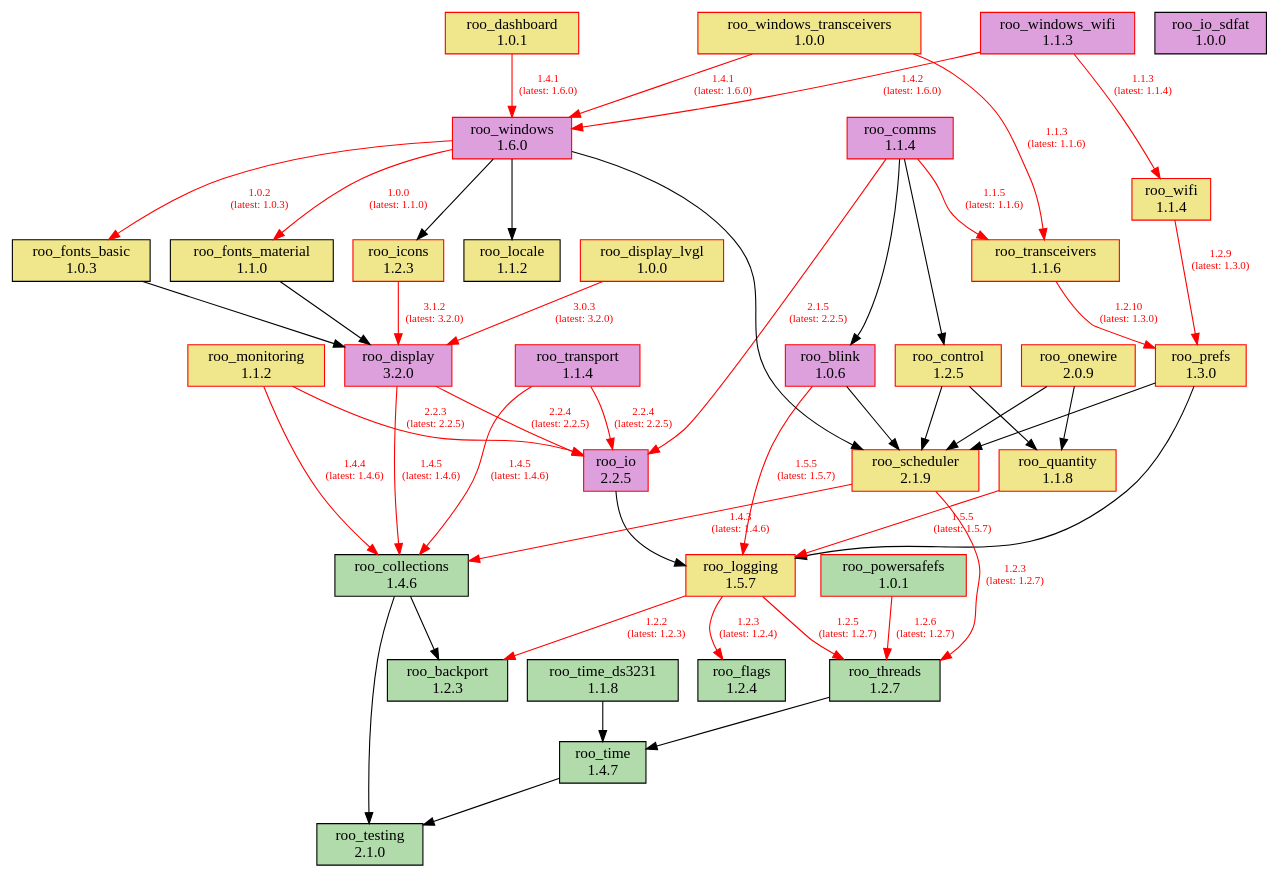
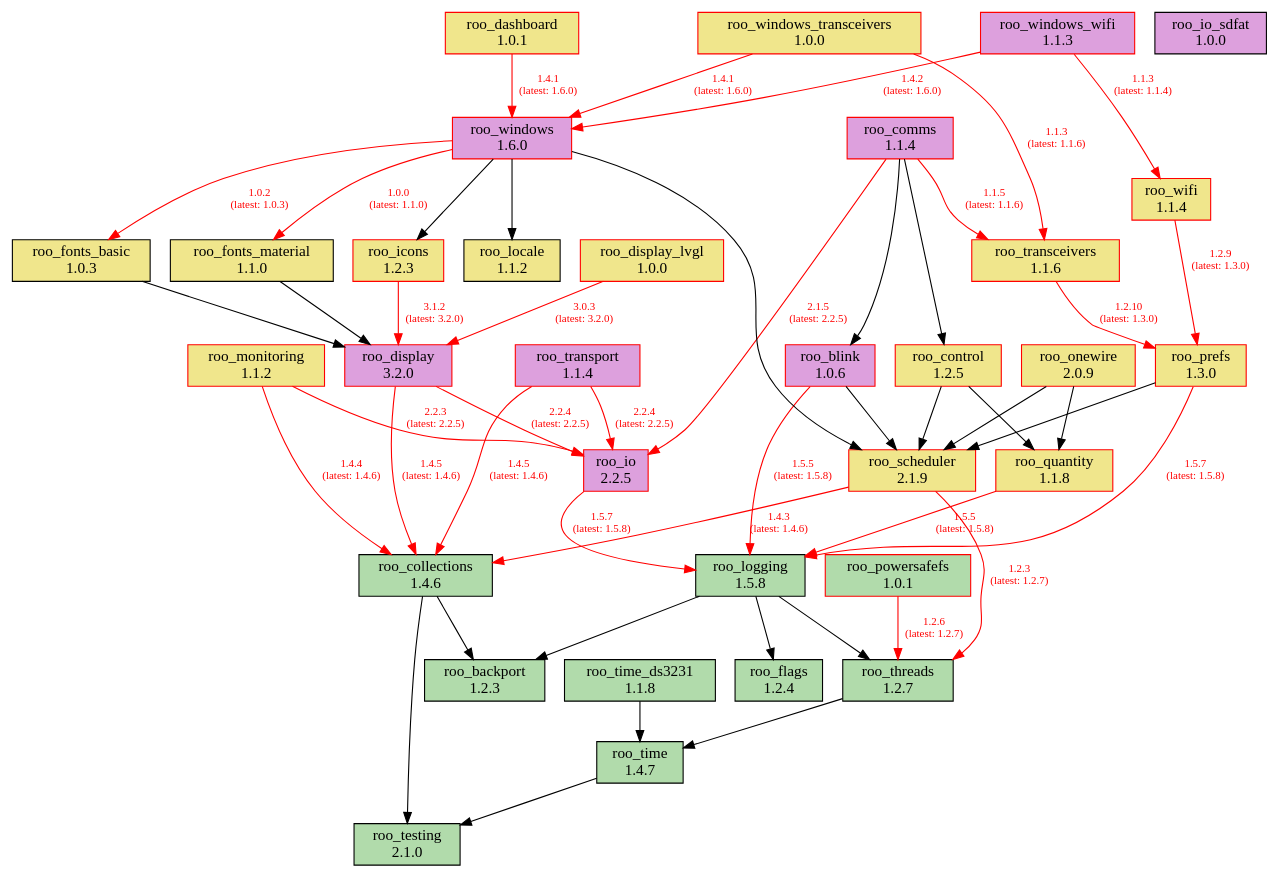
One commit to dejwk/roo-registry changed the diagram in doc/dependencies.dot. Above: the diagram before and after it, drawn with Graphviz. The commit also changed 3 other files, not shown here.

Commit message:
Added roo_logging 1.5.8 to the registry.

```diff
--- a/doc/dependencies.dot
+++ b/doc/dependencies.dot
@@ -1,88 +1,88 @@
 digraph dependencies {
     rankdir=TB;
     node [shape=box, style=filled];
     edge [fontsize=10];
 
     // Modules
     "roo_backport" [label="roo_backport\n1.2.3", fillcolor="#b1dbab", color="black"];
     "roo_blink" [label="roo_blink\n1.0.6", fillcolor="plum", color="red"];
     "roo_collections" [label="roo_collections\n1.4.6", fillcolor="#b1dbab", color="black"];
     "roo_comms" [label="roo_comms\n1.1.4", fillcolor="plum", color="red"];
     "roo_control" [label="roo_control\n1.2.5", fillcolor="khaki", color="red"];
     "roo_dashboard" [label="roo_dashboard\n1.0.1", fillcolor="khaki", color="red"];
     "roo_display" [label="roo_display\n3.2.0", fillcolor="plum", color="red"];
     "roo_display_lvgl" [label="roo_display_lvgl\n1.0.0", fillcolor="khaki", color="red"];
     "roo_flags" [label="roo_flags\n1.2.4", fillcolor="#b1dbab", color="black"];
     "roo_fonts_basic" [label="roo_fonts_basic\n1.0.3", fillcolor="khaki", color="black"];
     "roo_fonts_material" [label="roo_fonts_material\n1.1.0", fillcolor="khaki", color="black"];
     "roo_icons" [label="roo_icons\n1.2.3", fillcolor="khaki", color="red"];
     "roo_io" [label="roo_io\n2.2.5", fillcolor="plum", color="red"];
     "roo_io_sdfat" [label="roo_io_sdfat\n1.0.0", fillcolor="plum", color="black"];
     "roo_locale" [label="roo_locale\n1.1.2", fillcolor="khaki", color="black"];
-    "roo_logging" [label="roo_logging\n1.5.7", fillcolor="khaki", color="red"];
+    "roo_logging" [label="roo_logging\n1.5.8", fillcolor="#b1dbab", color="black"];
     "roo_monitoring" [label="roo_monitoring\n1.1.2", fillcolor="khaki", color="red"];
     "roo_onewire" [label="roo_onewire\n2.0.9", fillcolor="khaki", color="red"];
     "roo_powersafefs" [label="roo_powersafefs\n1.0.1", fillcolor="#b1dbab", color="red"];
     "roo_prefs" [label="roo_prefs\n1.3.0", fillcolor="khaki", color="red"];
     "roo_quantity" [label="roo_quantity\n1.1.8", fillcolor="khaki", color="red"];
     "roo_scheduler" [label="roo_scheduler\n2.1.9", fillcolor="khaki", color="red"];
     "roo_testing" [label="roo_testing\n2.1.0", fillcolor="#b1dbab", color="black"];
     "roo_threads" [label="roo_threads\n1.2.7", fillcolor="#b1dbab", color="black"];
     "roo_time" [label="roo_time\n1.4.7", fillcolor="#b1dbab", color="black"];
     "roo_time_ds3231" [label="roo_time_ds3231\n1.1.8", fillcolor="#b1dbab", color="black"];
     "roo_transceivers" [label="roo_transceivers\n1.1.6", fillcolor="khaki", color="red"];
     "roo_transport" [label="roo_transport\n1.1.4", fillcolor="plum", color="red"];
     "roo_wifi" [label="roo_wifi\n1.1.4", fillcolor="khaki", color="red"];
     "roo_windows" [label="roo_windows\n1.6.0", fillcolor="plum", color="red"];
     "roo_windows_transceivers" [label="roo_windows_transceivers\n1.0.0", fillcolor="khaki", color="red"];
     "roo_windows_wifi" [label="roo_windows_wifi\n1.1.3", fillcolor="plum", color="red"];
 
     // Dependencies
-    "roo_blink" -> "roo_logging" [color=red, fontcolor=red, label="1.5.5\n(latest: 1.5.7)"];
+    "roo_blink" -> "roo_logging" [color=red, fontcolor=red, label="1.5.5\n(latest: 1.5.8)"];
     "roo_blink" -> "roo_scheduler";
     "roo_collections" -> "roo_testing";
     "roo_collections" -> "roo_backport";
     "roo_comms" -> "roo_blink";
     "roo_comms" -> "roo_control";
     "roo_comms" -> "roo_io" [color=red, fontcolor=red, label="2.1.5\n(latest: 2.2.5)"];
     "roo_comms" -> "roo_transceivers" [color=red, fontcolor=red, label="1.1.5\n(latest: 1.1.6)"];
     "roo_control" -> "roo_quantity";
     "roo_control" -> "roo_scheduler";
     "roo_dashboard" -> "roo_windows" [color=red, fontcolor=red, label="1.4.1\n(latest: 1.6.0)"];
     "roo_display" -> "roo_collections" [color=red, fontcolor=red, label="1.4.5\n(latest: 1.4.6)"];
     "roo_display" -> "roo_io" [color=red, fontcolor=red, label="2.2.4\n(latest: 2.2.5)"];
     "roo_display_lvgl" -> "roo_display" [color=red, fontcolor=red, label="3.0.3\n(latest: 3.2.0)"];
     "roo_fonts_basic" -> "roo_display";
     "roo_fonts_material" -> "roo_display";
     "roo_icons" -> "roo_display" [color=red, fontcolor=red, label="3.1.2\n(latest: 3.2.0)"];
-    "roo_io" -> "roo_logging";
-    "roo_logging" -> "roo_backport" [color=red, fontcolor=red, label="1.2.2\n(latest: 1.2.3)"];
-    "roo_logging" -> "roo_flags" [color=red, fontcolor=red, label="1.2.3\n(latest: 1.2.4)"];
-    "roo_logging" -> "roo_threads" [color=red, fontcolor=red, label="1.2.5\n(latest: 1.2.7)"];
+    "roo_io" -> "roo_logging" [color=red, fontcolor=red, label="1.5.7\n(latest: 1.5.8)"];
+    "roo_logging" -> "roo_backport";
+    "roo_logging" -> "roo_flags";
+    "roo_logging" -> "roo_threads";
     "roo_monitoring" -> "roo_collections" [color=red, fontcolor=red, label="1.4.4\n(latest: 1.4.6)"];
     "roo_monitoring" -> "roo_io" [color=red, fontcolor=red, label="2.2.3\n(latest: 2.2.5)"];
     "roo_onewire" -> "roo_scheduler";
     "roo_onewire" -> "roo_quantity";
     "roo_powersafefs" -> "roo_threads" [color=red, fontcolor=red, label="1.2.6\n(latest: 1.2.7)"];
-    "roo_prefs" -> "roo_logging";
+    "roo_prefs" -> "roo_logging" [color=red, fontcolor=red, label="1.5.7\n(latest: 1.5.8)"];
     "roo_prefs" -> "roo_scheduler";
-    "roo_quantity" -> "roo_logging" [color=red, fontcolor=red, label="1.5.5\n(latest: 1.5.7)"];
+    "roo_quantity" -> "roo_logging" [color=red, fontcolor=red, label="1.5.5\n(latest: 1.5.8)"];
     "roo_scheduler" -> "roo_collections" [color=red, fontcolor=red, label="1.4.3\n(latest: 1.4.6)"];
     "roo_scheduler" -> "roo_threads" [color=red, fontcolor=red, label="1.2.3\n(latest: 1.2.7)"];
     "roo_threads" -> "roo_time";
     "roo_time" -> "roo_testing";
     "roo_time_ds3231" -> "roo_time";
     "roo_transceivers" -> "roo_prefs" [color=red, fontcolor=red, label="1.2.10\n(latest: 1.3.0)"];
     "roo_transport" -> "roo_collections" [color=red, fontcolor=red, label="1.4.5\n(latest: 1.4.6)"];
     "roo_transport" -> "roo_io" [color=red, fontcolor=red, label="2.2.4\n(latest: 2.2.5)"];
     "roo_wifi" -> "roo_prefs" [color=red, fontcolor=red, label="1.2.9\n(latest: 1.3.0)"];
     "roo_windows" -> "roo_fonts_basic" [color=red, fontcolor=red, label="1.0.2\n(latest: 1.0.3)"];
     "roo_windows" -> "roo_fonts_material" [color=red, fontcolor=red, label="1.0.0\n(latest: 1.1.0)"];
     "roo_windows" -> "roo_locale";
     "roo_windows" -> "roo_icons";
     "roo_windows" -> "roo_scheduler";
     "roo_windows_transceivers" -> "roo_transceivers" [color=red, fontcolor=red, label="1.1.3\n(latest: 1.1.6)"];
     "roo_windows_transceivers" -> "roo_windows" [color=red, fontcolor=red, label="1.4.1\n(latest: 1.6.0)"];
     "roo_windows_wifi" -> "roo_wifi" [color=red, fontcolor=red, label="1.1.3\n(latest: 1.1.4)"];
     "roo_windows_wifi" -> "roo_windows" [color=red, fontcolor=red, label="1.4.2\n(latest: 1.6.0)"];
 }
```
